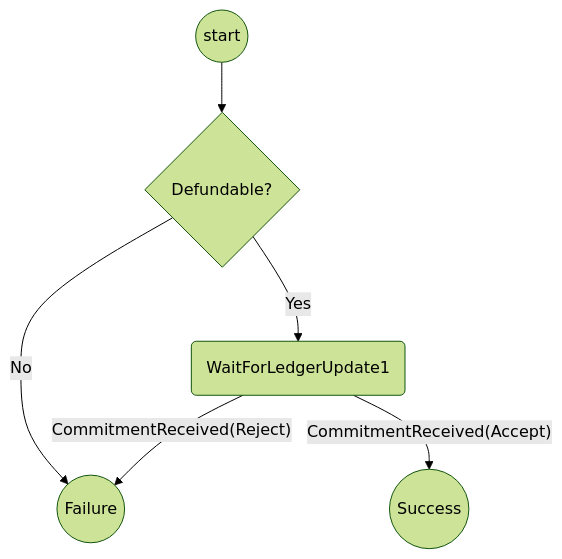
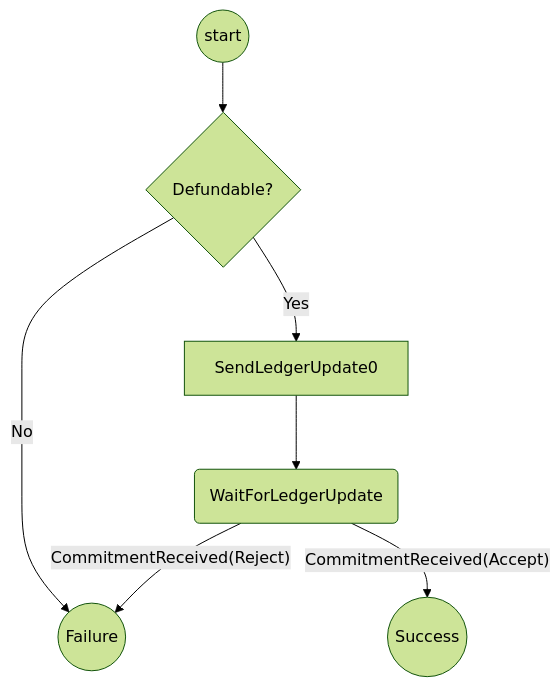
The first of 2 diagrams in packages/wallet/src/redux/protocols/indirect-defunding/readme.md (magmo/apps), drawn with Mermaid (forest theme) before and after one commit. The commit also changed other lines of this file, not shown here.

````diff
--- a/packages/wallet/src/redux/protocols/indirect-defunding/readme.md
+++ b/packages/wallet/src/redux/protocols/indirect-defunding/readme.md
@@ -15,8 +15,9 @@
 ```mermaid
 graph TD
   St((start))-->DF{Defundable?}
   DF --> |No| F((Failure))
-  DF --> |Yes| WFU(WaitForLedgerUpdate1)
+  DF -->|Yes|SC[SendLedgerUpdate0]
+ SC-->WFU(WaitForLedgerUpdate)
   WFU --> |"CommitmentReceived(Accept)"| Su((Success))
   WFU --> |"CommitmentReceived(Reject)"| F
 ```
````
